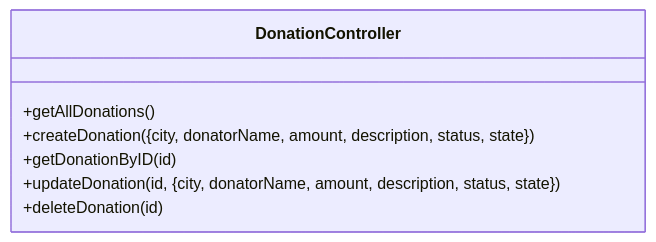
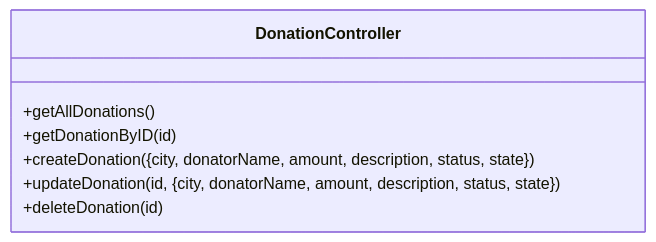
The sixth of 7 diagrams in README.md (OmarVenturaP/HackTheOcean), drawn with Mermaid before and after one commit. The commit also changed other lines of this file, not shown here.

````diff
--- a/README.md
+++ b/README.md
@@ -46,9 +109,9 @@
 ```mermaid
 classDiagram
     class DonationController
     DonationController : +getAllDonations()
+    DonationController : +getDonationByID(id)
     DonationController : +createDonation({city, donatorName, amount, description, status, state})
-    DonationController : +getDonationByID(id)
     DonationController : +updateDonation(id, {city, donatorName, amount, description, status, state})
     DonationController : +deleteDonation(id)
 ```
````
